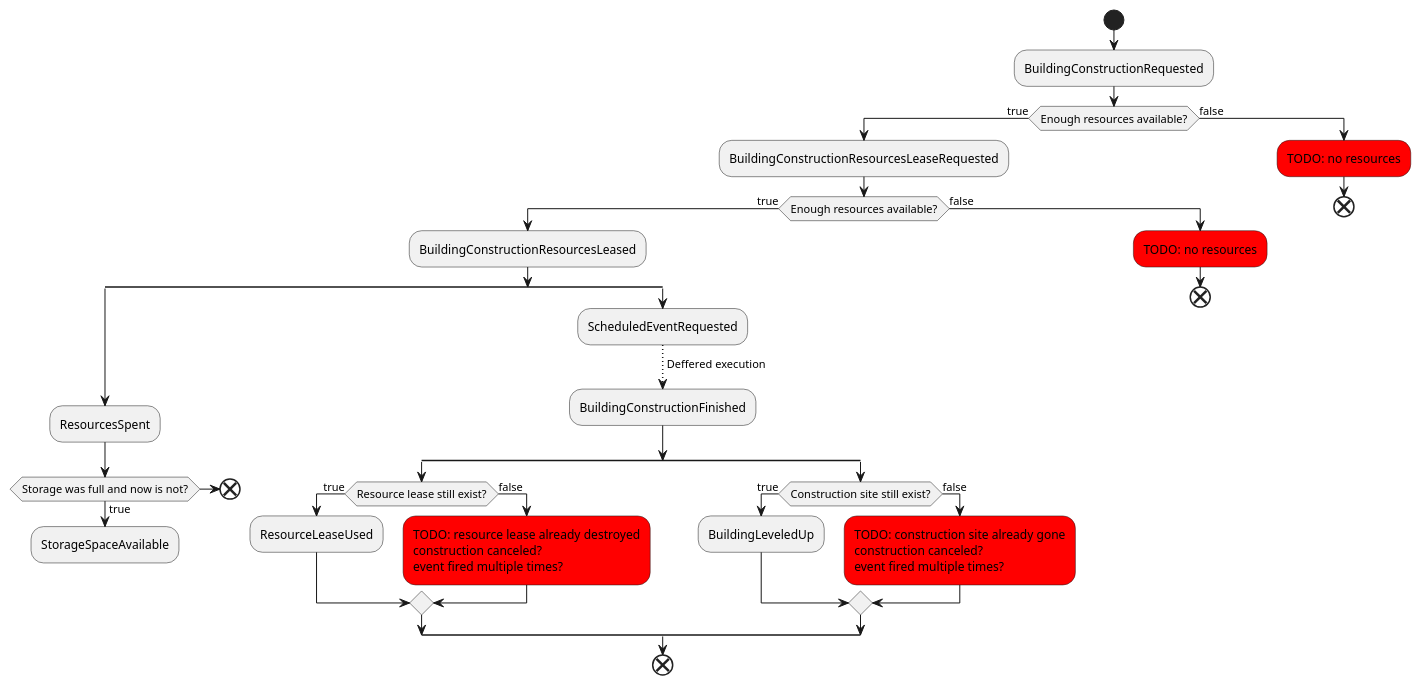
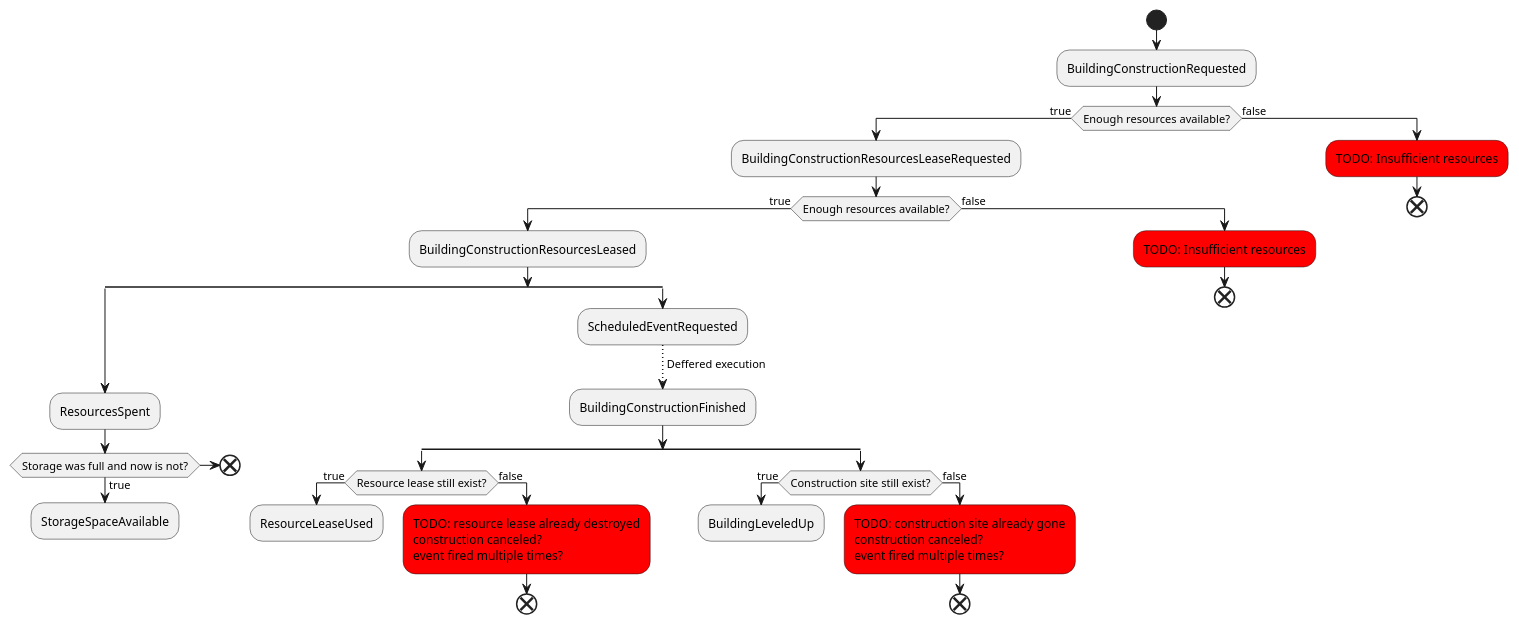
Before and after one commit to tomekbielaszewski/ogame-clone: the diagram in docs/building-construction-flow.puml, drawn with PlantUML.

Commit message:
construction flow graph has now detached nodes as last events (except errors)

```diff
--- a/docs/building-construction-flow.puml
+++ b/docs/building-construction-flow.puml
@@ -1,54 +1,57 @@
 @startuml
 
 start
 
 :BuildingConstructionRequested;
 
 if (Enough resources available?) then (true)
     :BuildingConstructionResourcesLeaseRequested;
     if (Enough resources available?) then (true)
         :BuildingConstructionResourcesLeased;
         split
             :ResourcesSpent;
             if(Storage was full and now is not?) then (true)
                 :StorageSpaceAvailable;
                 detach
             else
                 end
             endif
         split again
             :ScheduledEventRequested;
             -[dotted]-> Deffered execution;
             :BuildingConstructionFinished;
             split
                 if (Resource lease still exist?) then (true)
                     :ResourceLeaseUsed;
+                    detach
                 else (false)
                     #red:TODO: resource lease already destroyed
                     construction canceled?
                     event fired multiple times?;
+                    end
                 endif
             split again
                 if (Construction site still exist?) then (true)
                     :BuildingLeveledUp;
+                    detach
                 else (false)
                     #red:TODO: construction site already gone
                     construction canceled?
                     event fired multiple times?;
+                    end
                 endif
             end split
-        end
         end split
     else (false)
-        #red:TODO: no resources;
+        #red:TODO: Insufficient resources;
         end
     endif
 else (false)
-    #red:TODO: no resources;
+    #red:TODO: Insufficient resources;
     end
 endif
 
 
 
 
 @enduml
```
